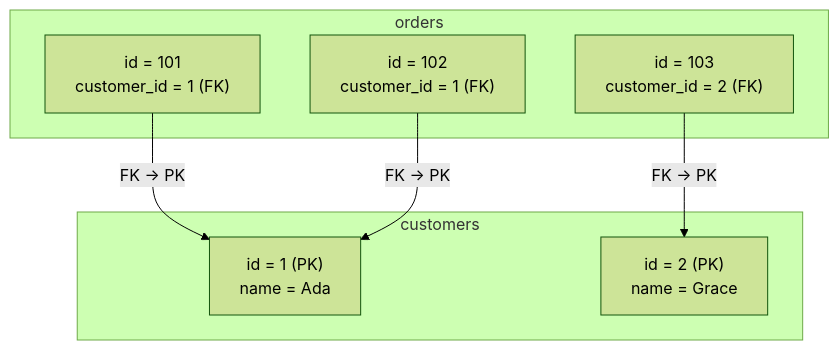
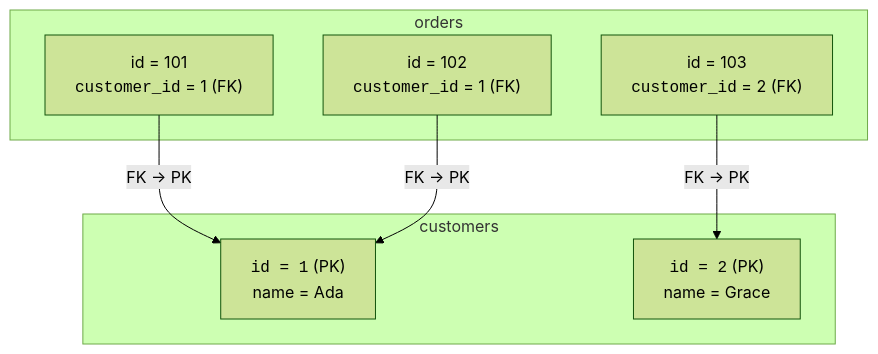
Before and after one commit to dataslope/dataslope: the third of 3 diagrams in content/learn/intro-sql-postgres/foreign-keys.mdx, drawn with Mermaid (forest theme). The commit also changed other lines of this file and 218 other files, not shown here.

First line of the commit message:
Render code-only mermaid shapes in monospace; convert step sequences to Steps (#467)

````diff
--- a/content/learn/intro-sql-postgres/foreign-keys.mdx
+++ b/content/learn/intro-sql-postgres/foreign-keys.mdx
@@ -110,15 +110,15 @@
 ```mermaid
 flowchart TB
     subgraph customers["customers"]
-        C1["id = 1 (PK)<br/>name = Ada"]
-        C2["id = 2 (PK)<br/>name = Grace"]
+        C1["<code>id = 1</code> (PK)<br/>name = Ada"]
+        C2["<code>id = 2</code> (PK)<br/>name = Grace"]
     end
     subgraph orders["orders"]
-        O1["id = 101<br/>customer_id = 1 (FK)"]
-        O2["id = 102<br/>customer_id = 1 (FK)"]
-        O3["id = 103<br/>customer_id = 2 (FK)"]
+        O1["id = 101<br/><code>customer_id</code> = 1 (FK)"]
+        O2["id = 102<br/><code>customer_id</code> = 1 (FK)"]
+        O3["id = 103<br/><code>customer_id</code> = 2 (FK)"]
     end
     O1 -->|"FK → PK"| C1
     O2 -->|"FK → PK"| C1
     O3 -->|"FK → PK"| C2
 ```
````
